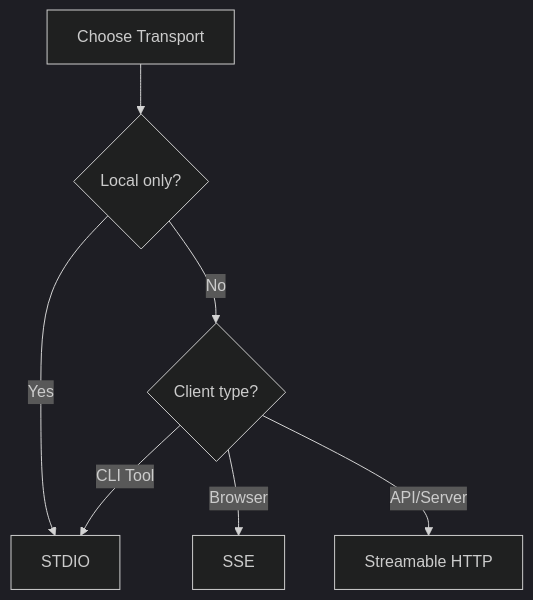
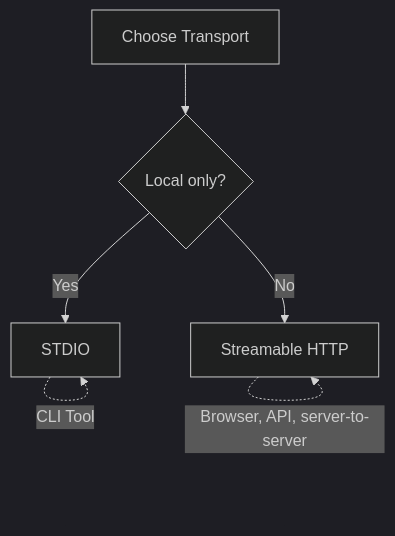
Before and after one commit to AlanOgic/mcp-odoo-adv: the diagram in DOCS/TRANSPORTS.md, drawn with Mermaid (dark theme). The commit also changed other lines of this file and 9 other files, not shown here.

````diff
--- a/DOCS/TRANSPORTS.md
+++ b/DOCS/TRANSPORTS.md
@@ -903,9 +977,8 @@
 ```mermaid
 graph TD
     A[Choose Transport] --> B{Local only?}
     B -->|Yes| C[STDIO]
-    B -->|No| D{Client type?}
-    D -->|Browser| E[SSE]
-    D -->|API/Server| F[Streamable HTTP]
-    D -->|CLI Tool| C
+    B -->|No| F[Streamable HTTP]
+    C -.->|CLI Tool| C
+    F -.->|Browser, API, server-to-server| F
 ```
````
